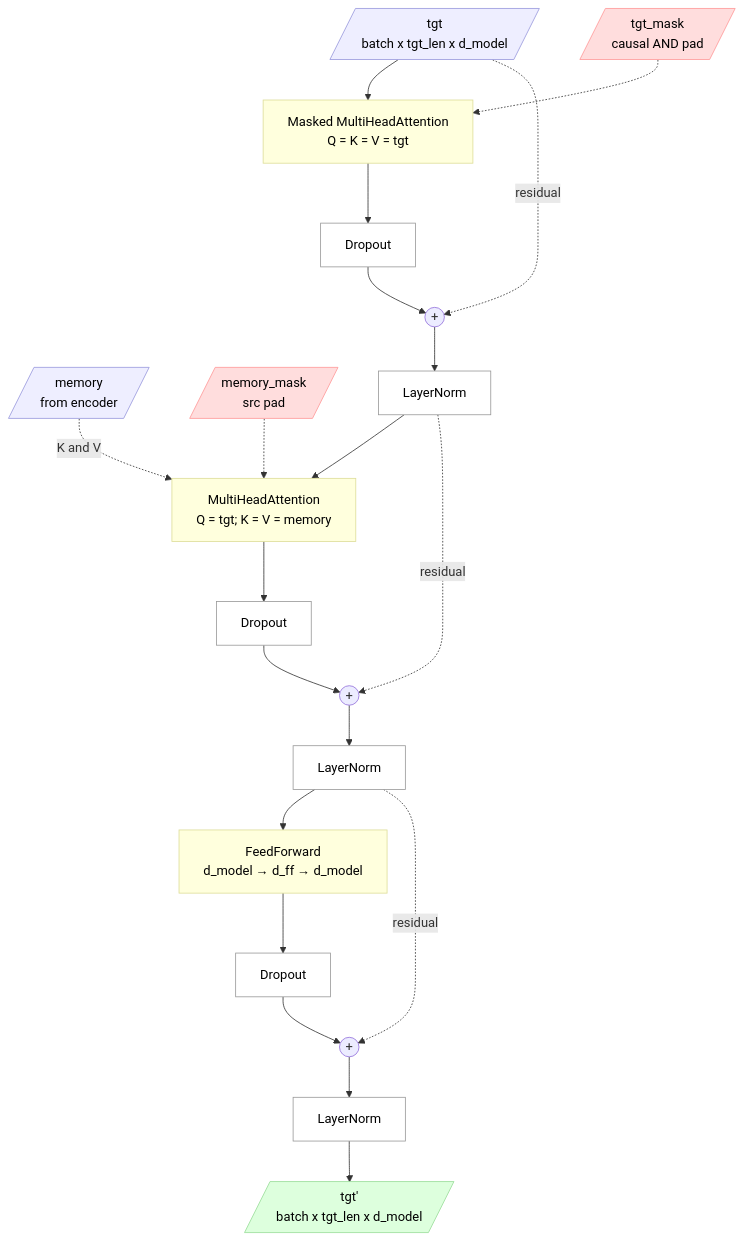
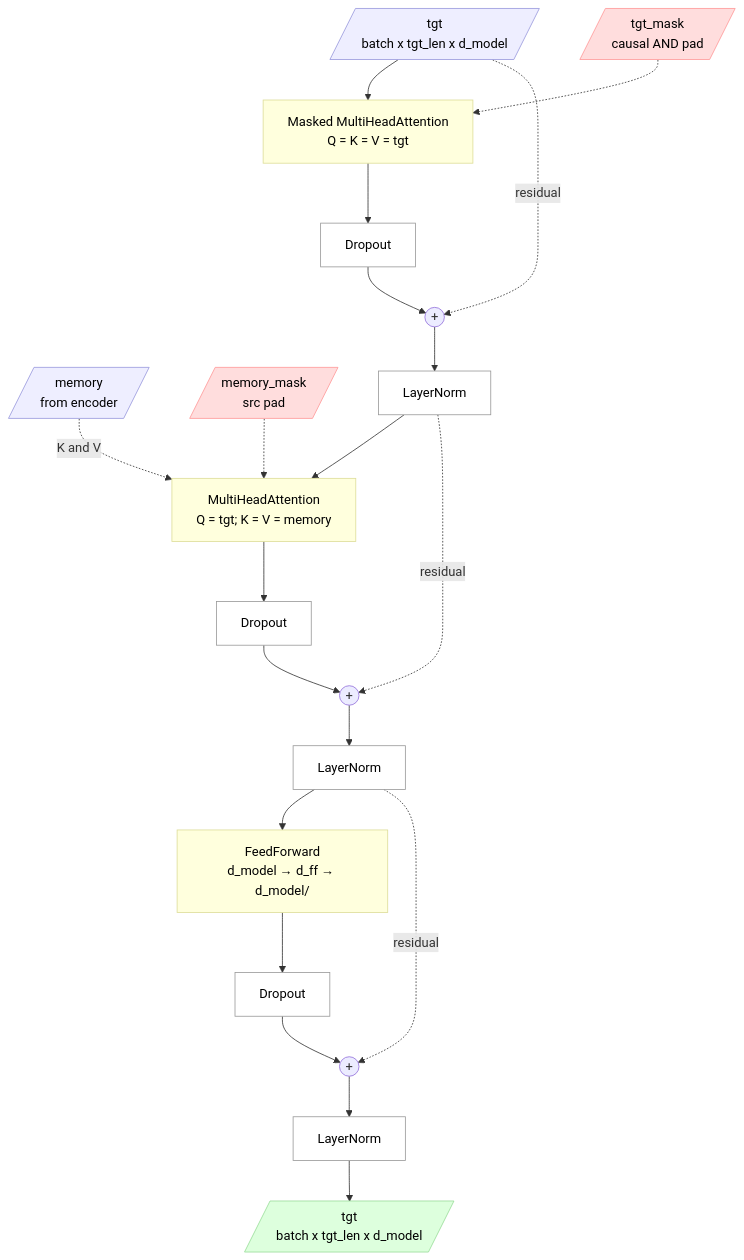
Before and after one commit to SamyamoyRakshit/papers-from-scratch: the diagram in transformer/docs/architecture/decoder.md, drawn with Mermaid.

Commit message:
fix: Correct output shape label in decoder flowchart

````diff
--- a/transformer/docs/architecture/decoder.md
+++ b/transformer/docs/architecture/decoder.md
@@ -21,48 +21,48 @@
 ```mermaid
 flowchart TD
     IN[/"tgt<br/>batch x tgt_len x d_model"/]
     MEM[/"memory<br/>from encoder"/]
     TM[/"tgt_mask<br/>causal AND pad"/]
     MM[/"memory_mask<br/>src pad"/]
 
     %% sub-layer 1: masked self-attn
     IN --> SA["Masked MultiHeadAttention<br/>Q = K = V = tgt"]
     TM -.-> SA
     SA --> D1["Dropout"]
     D1 --> ADD1(("+"))
     IN -.->|"residual"| ADD1
     ADD1 --> N1["LayerNorm"]
 
     %% sub-layer 2: cross-attn
     N1 --> CA["MultiHeadAttention<br/>Q = tgt; K = V = memory"]
     MEM -.->|"K and V"| CA
     MM -.-> CA
     CA --> D2["Dropout"]
     D2 --> ADD2(("+"))
     N1 -.->|"residual"| ADD2
     ADD2 --> N2["LayerNorm"]
 
     %% sub-layer 3: FFN
-    N2 --> FF["FeedForward<br/>d_model → d_ff → d_model"]
+    N2 --> FF["FeedForward<br/>d_model → d_ff → d_model"/]
     FF --> D3["Dropout"]
     D3 --> ADD3(("+"))
     N2 -.->|"residual"| ADD3
     ADD3 --> N3["LayerNorm"]
 
-    N3 --> OUT[/"tgt'<br/>batch x tgt_len x d_model"/]
+    N3 --> OUT[/"tgt<br/>batch x tgt_len x d_model"/]
 
     style IN fill:#eef,stroke:#99d,color:#000
     style MEM fill:#eef,stroke:#99d,color:#000
     style OUT fill:#dfd,stroke:#9d9,color:#000
     style TM fill:#fdd,stroke:#f99,color:#000
     style MM fill:#fdd,stroke:#f99,color:#000
     style SA fill:#ffd,stroke:#dd9,color:#000
     style CA fill:#ffd,stroke:#dd9,color:#000
     style FF fill:#ffd,stroke:#dd9,color:#000
     style D1 fill:#fff,stroke:#999,color:#000
     style D2 fill:#fff,stroke:#999,color:#000
     style D3 fill:#fff,stroke:#999,color:#000
     style N1 fill:#fff,stroke:#999,color:#000
     style N2 fill:#fff,stroke:#999,color:#000
     style N3 fill:#fff,stroke:#999,color:#000
 ```
````
